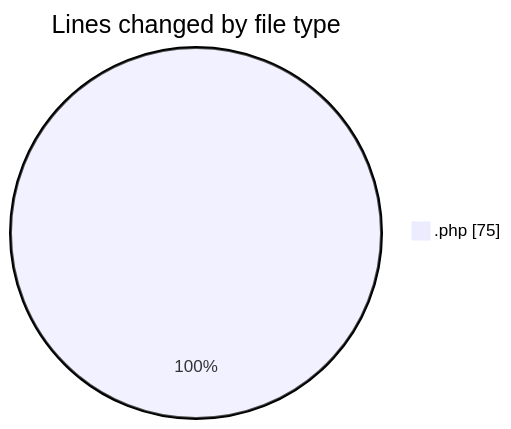
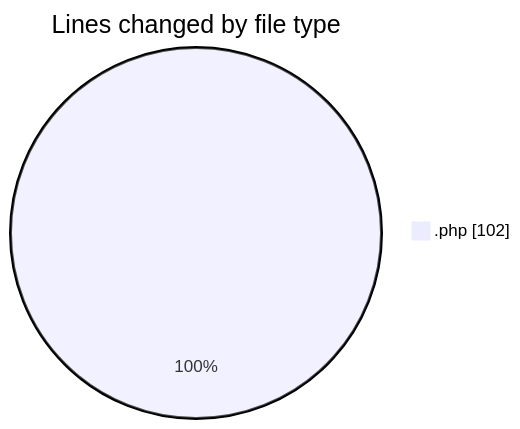
Before and after one commit to idhammustaqopulfikri/code-tracking: the first of 2 diagrams in 2025-04-13/autodidak/README.md, drawn with Mermaid. The commit also changed other lines of this file and 1 other file, not shown here.

````diff
--- a/2025-04-13/autodidak/README.md
+++ b/2025-04-13/autodidak/README.md
@@ -20,5 +21,5 @@
 ```mermaid
 pie showData
 title Lines changed by file type
-".php" : 75
+".php" : 102
 ```
````
